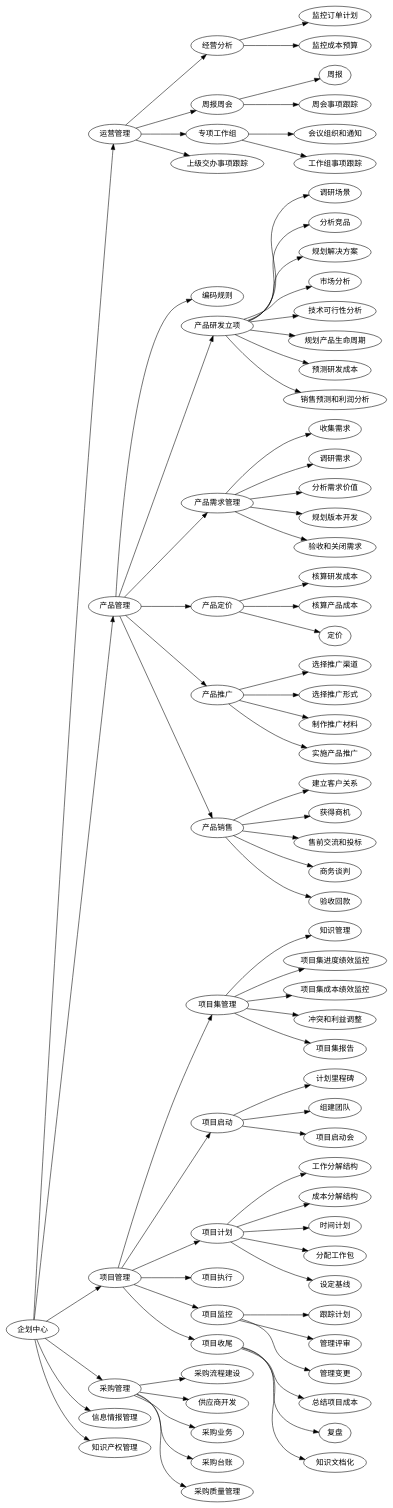
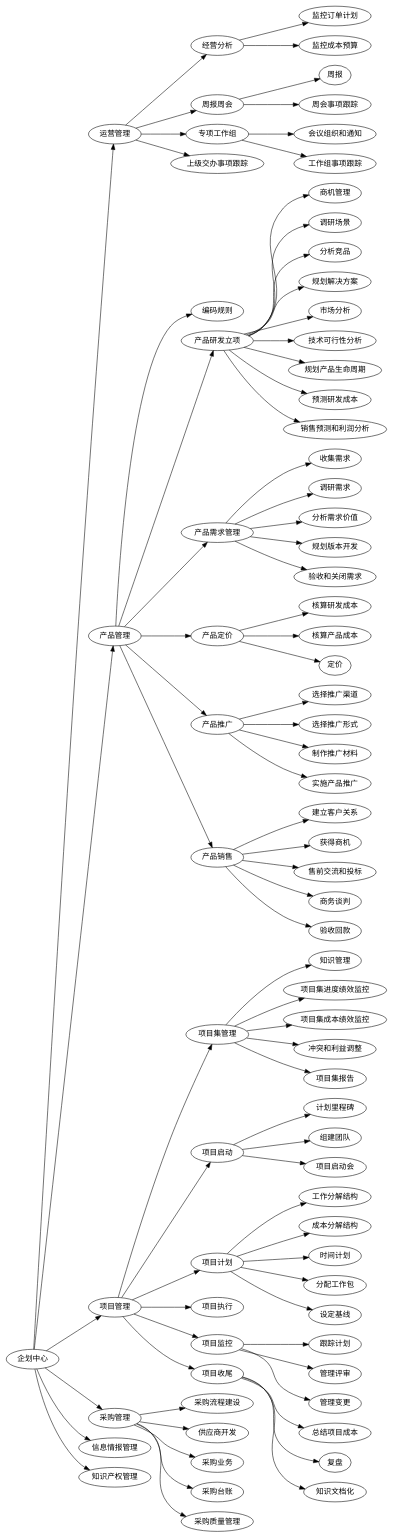
The diagram in source/work/sj/topic/20221029部门工作规划.rst (cruiurc/cruiurc.github.io), drawn with Graphviz before and after one commit. The commit also changed 1 other file, not shown here.

Commit message:
20221031 work

```diff
--- a/source/work/sj/topic/20221029部门工作规划.rst
+++ b/source/work/sj/topic/20221029部门工作规划.rst
@@ -4,35 +4,35 @@
 .. graphviz::
 
     digraph "CPC"{
     rankdir=LR
     fontsize = 4
 
     企划中心->{运营管理,产品管理,项目管理,采购管理,信息情报管理,知识产权管理}
 
 
     运营管理->{经营分析,周报周会,专项工作组,上级交办事项跟踪}
     经营分析->{监控订单计划,监控成本预算}
     周报周会->{周报,周会事项跟踪}
     专项工作组->{会议组织和通知,工作组事项跟踪}
 
 
     产品管理->{编码规则,产品研发立项,产品需求管理,产品定价,产品推广,产品销售}
-    产品研发立项->{调研场景,分析竞品,规划解决方案,市场分析,技术可行性分析,规划产品生命周期,预测研发成本,销售预测和利润分析}
+    产品研发立项->{商机管理,调研场景,分析竞品,规划解决方案,市场分析,技术可行性分析,规划产品生命周期,预测研发成本,销售预测和利润分析}
     产品需求管理->{收集需求,调研需求,分析需求价值,规划版本开发,验收和关闭需求}
     产品定价->{核算研发成本,核算产品成本,定价}
     产品推广->{选择推广渠道,选择推广形式,制作推广材料,实施产品推广}
     产品销售->{建立客户关系,获得商机,售前交流和投标,商务谈判,验收回款}
 
 
     项目管理->{项目集管理,项目启动,项目计划,项目执行,项目监控,项目收尾}
     项目集管理->{知识管理,项目集进度绩效监控,项目集成本绩效监控,冲突和利益调整,项目集报告}
     项目启动->{计划里程碑,组建团队,项目启动会}
     项目计划->{工作分解结构,成本分解结构,时间计划,分配工作包,设定基线}
     项目监控->{跟踪计划,管理评审,管理变更}
     项目收尾->{总结项目成本,复盘,知识文档化}
 
 
     采购管理->{采购流程建设,供应商开发,采购业务,采购台账,采购质量管理}
 
 
     }
```
